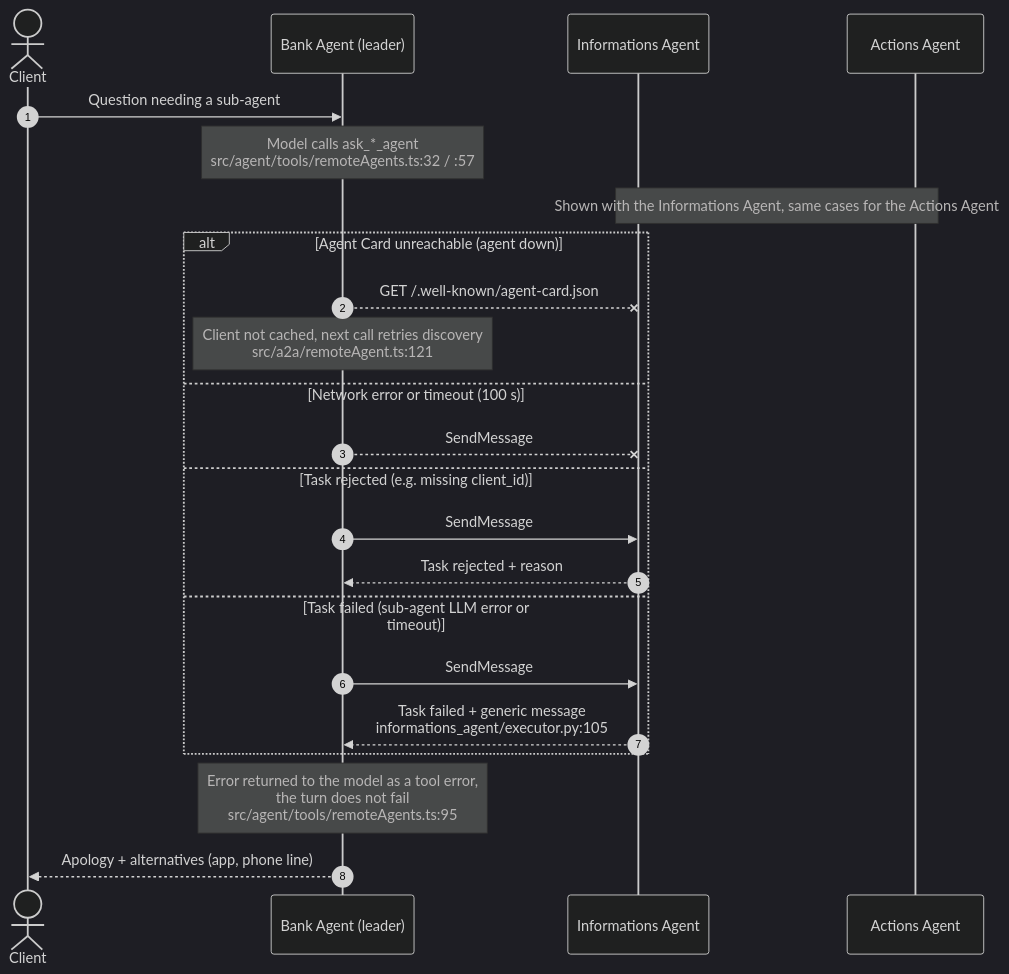
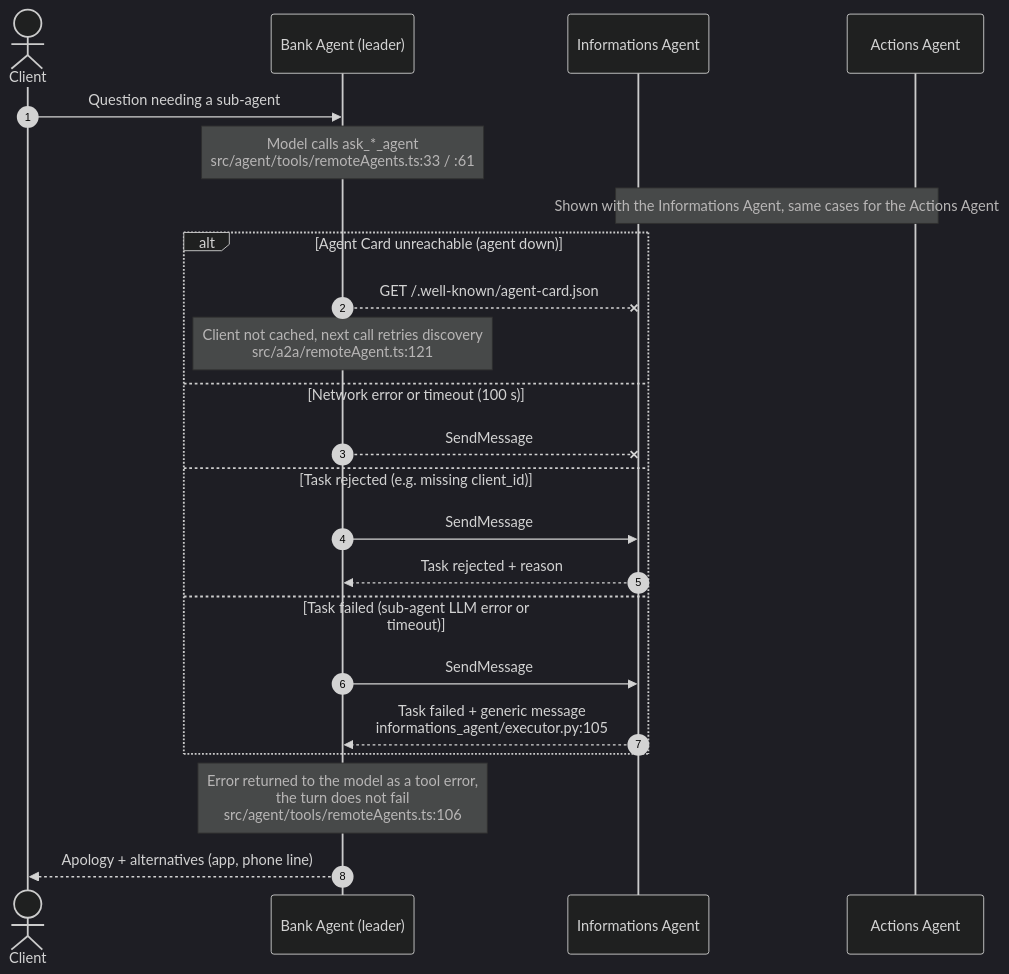
The diagram in docs/diagrams/a2a-subagent-errors.mmd (Trevodorax/a2a-protocol-poc-and-demo), drawn with Mermaid (dark theme) before and after one commit. The commit also changed 23 other files, not shown here.

```diff
--- a/docs/diagrams/a2a-subagent-errors.mmd
+++ b/docs/diagrams/a2a-subagent-errors.mmd
@@ -1,26 +1,26 @@
 sequenceDiagram
     autonumber
     actor C as Client
     participant B as Bank Agent (leader)
     participant I as Informations Agent
     participant A as Actions Agent
 
     C->>B: Question needing a sub-agent
-    Note over B: Model calls ask_*_agent<br/>src/agent/tools/remoteAgents.ts:32 / :57
+    Note over B: Model calls ask_*_agent<br/>src/agent/tools/remoteAgents.ts:33 / :61
     Note over I,A: Shown with the Informations Agent, same cases for the Actions Agent
 
     alt Agent Card unreachable (agent down)
         B--xI: GET /.well-known/agent-card.json
         Note over B: Client not cached, next call retries discovery<br/>src/a2a/remoteAgent.ts:121
     else Network error or timeout (100 s)
         B--xI: SendMessage
     else Task rejected (e.g. missing client_id)
         B->>I: SendMessage
         I-->>B: Task rejected + reason
     else Task failed (sub-agent LLM error or timeout)
         B->>I: SendMessage
         I-->>B: Task failed + generic message<br/>informations_agent/executor.py:105
     end
 
-    Note over B: Error returned to the model as a tool error,<br/>the turn does not fail<br/>src/agent/tools/remoteAgents.ts:95
+    Note over B: Error returned to the model as a tool error,<br/>the turn does not fail<br/>src/agent/tools/remoteAgents.ts:106
     B-->>C: Apology + alternatives (app, phone line)
```
